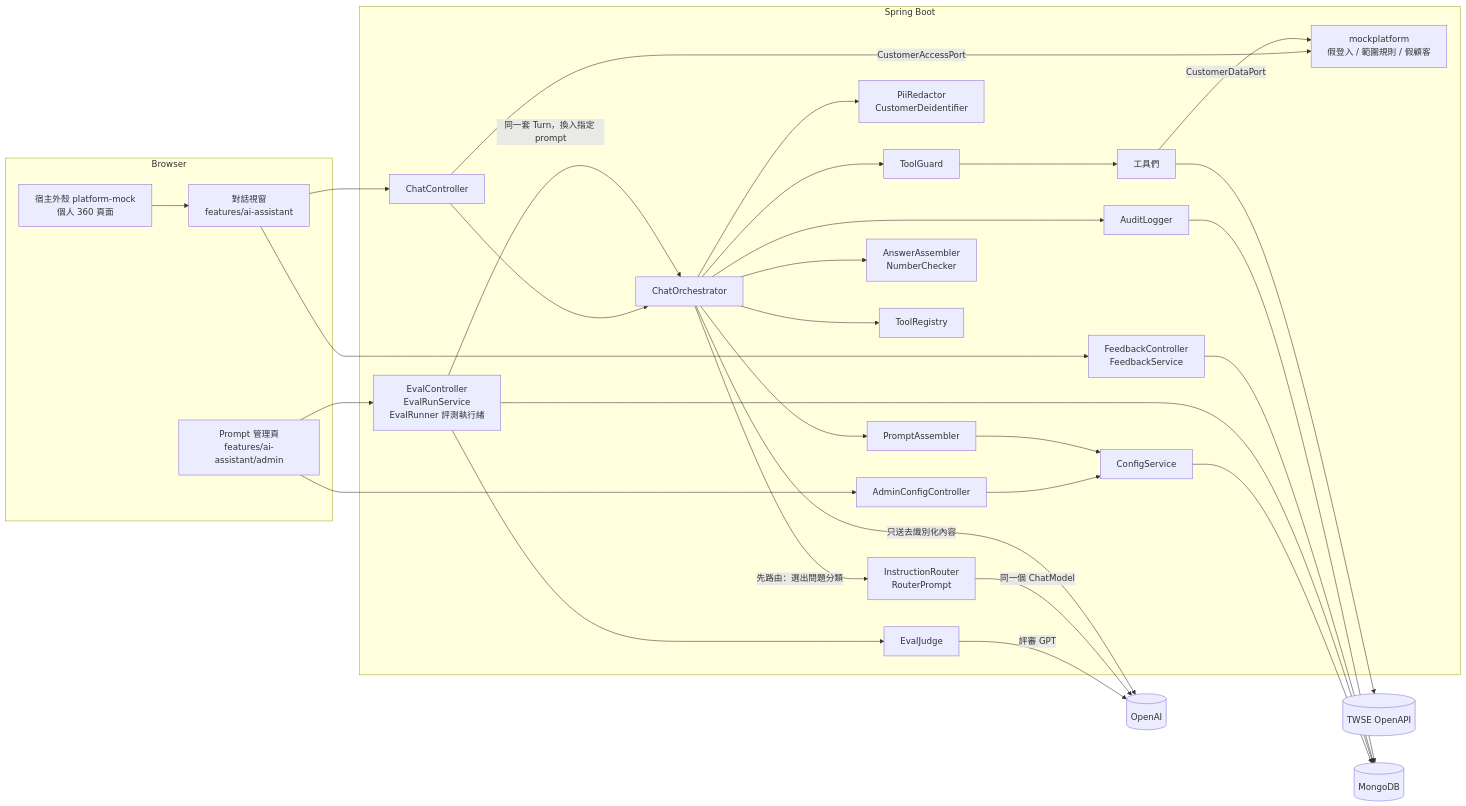
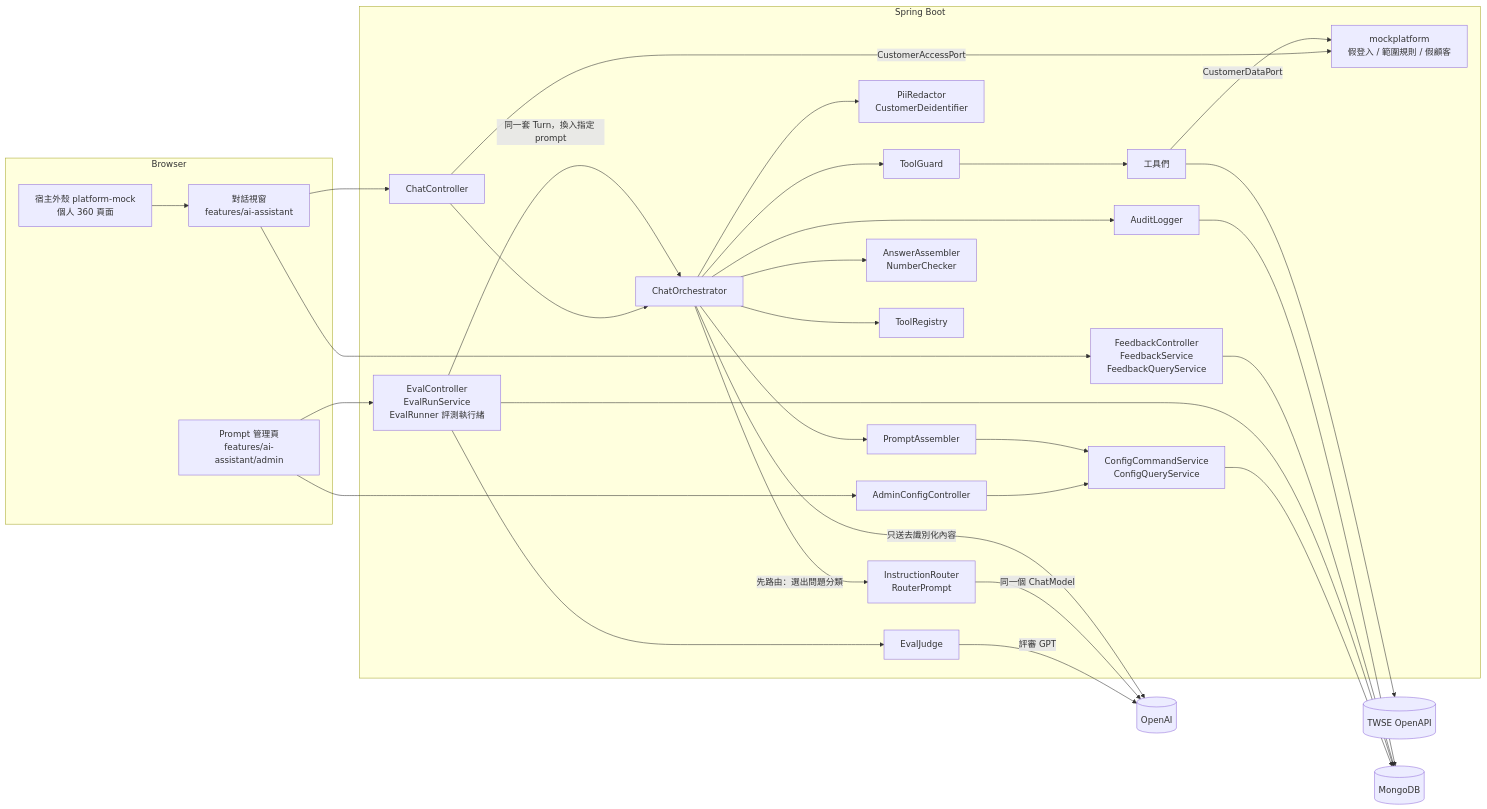
One commit to Rue1216/assistant-poc changed the first of 2 diagrams in docs/spec/01-architecture.md. Above: the diagram before and after it, drawn with Mermaid. The commit also changed other lines of this file and 6 other files, not shown here.

````diff
--- a/docs/spec/01-architecture.md
+++ b/docs/spec/01-architecture.md
@@ -7,48 +7,48 @@
 ```mermaid
 flowchart LR
   subgraph Browser
     H[宿主外殼 platform-mock<br/>個人 360 頁面]
     W[對話視窗<br/>features/ai-assistant]
     A[Prompt 管理頁<br/>features/ai-assistant/admin]
   end
   subgraph Backend[Spring Boot]
     CC[ChatController]
     AC[AdminConfigController]
     O[ChatOrchestrator]
     RD[PiiRedactor<br/>CustomerDeidentifier]
     IR[InstructionRouter<br/>RouterPrompt]
     PA[PromptAssembler]
     AA[AnswerAssembler<br/>NumberChecker]
     TR[ToolRegistry]
     TG[ToolGuard]
     T[工具們]
-    CS[ConfigService]
+    CS[ConfigCommandService<br/>ConfigQueryService]
     AU[AuditLogger]
-    FB[FeedbackController<br/>FeedbackService]
+    FB[FeedbackController<br/>FeedbackService<br/>FeedbackQueryService]
     EV[EvalController<br/>EvalRunService<br/>EvalRunner 評測執行緒]
     EJ[EvalJudge]
     MP[mockplatform<br/>假登入 / 範圍規則 / 假顧客]
   end
   GPT[(OpenAI)]
   TWSE[(TWSE OpenAPI)]
   DB[(MongoDB)]
 
   H --> W --> CC
   CC -->|CustomerAccessPort| MP
   CC --> O
   A --> AC --> CS --> DB
   A --> EV --> DB
   EV -->|同一套 Turn，換入指定 prompt| O
   EV --> EJ -->|評審 GPT| GPT
   W --> FB --> DB
   O --> RD
   O -->|先路由：選出問題分類| IR -->|同一個 ChatModel| GPT
   O --> PA --> CS
   O --> AA
   O --> TR
   O -->|只送去識別化內容| GPT
   O --> TG --> T
   T -->|CustomerDataPort| MP
   T --> TWSE
   O --> AU --> DB
 ```
````
